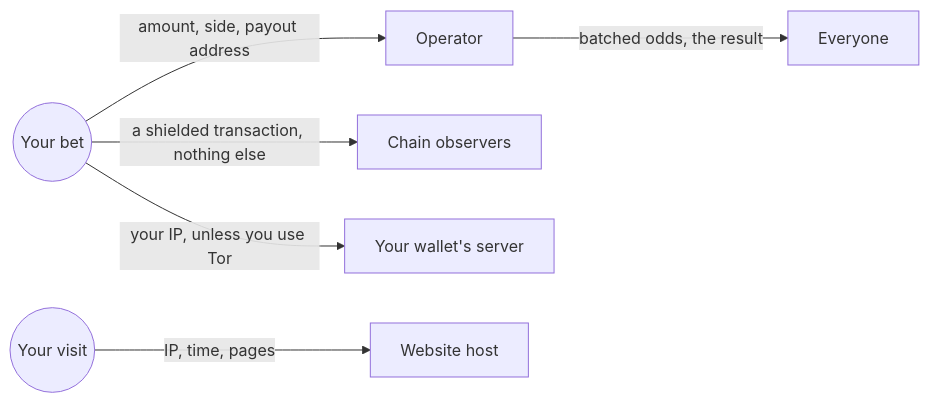
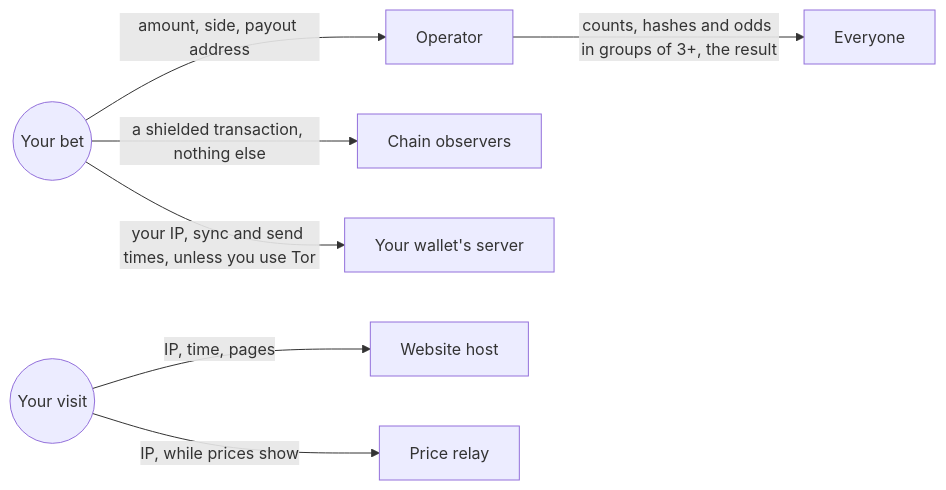
Before and after one commit to Blockchain-Oracle/kakure: the fourth of 4 diagrams in apps/docs/content/docs/system-maps.mdx, drawn with Mermaid. The commit also changed other lines of this file and 117 other files, not shown here.

````diff
--- a/apps/docs/content/docs/system-maps.mdx
+++ b/apps/docs/content/docs/system-maps.mdx
@@ -70,9 +70,10 @@
 ```mermaid
 flowchart LR
   bet((Your bet))
   bet -->|"amount, side, payout address"| op[Operator]
   bet -->|"a shielded transaction, nothing else"| chain[Chain observers]
-  bet -->|"your IP, unless you use Tor"| wallet[Your wallet's server]
+  bet -->|"your IP, sync and send times, unless you use Tor"| wallet[Your wallet's server]
   visit((Your visit)) -->|"IP, time, pages"| host[Website host]
-  op -->|"batched odds, the result"| public[Everyone]
+  visit -->|"IP, while prices show"| relay[Price relay]
+  op -->|"counts, hashes and odds in groups of 3+, the result"| public[Everyone]
 ```
````
